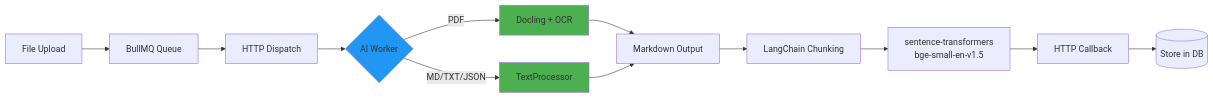
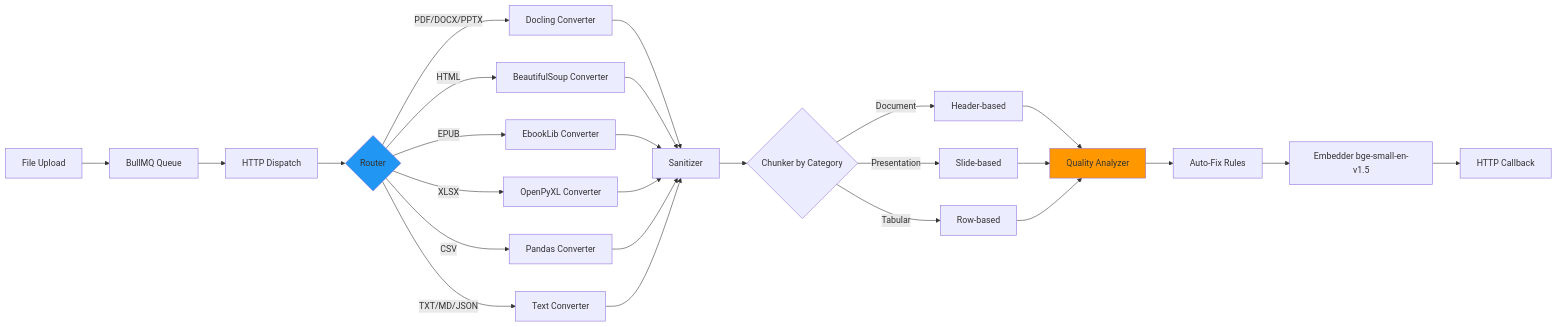
Before and after one commit to namtroi/RAGBase: the third of 7 diagrams in docs/architecture.md, drawn with Mermaid. The commit also changed other lines of this file and 2 other files, not shown here.

````diff
--- a/docs/architecture.md
+++ b/docs/architecture.md
@@ -81,21 +81,36 @@
 ```mermaid
 graph LR
     Upload[File Upload] --> Queue[BullMQ Queue]
     Queue --> Dispatch[HTTP Dispatch]
-    Dispatch --> AIWorker{AI Worker}
+    Dispatch --> Router{Router}
     
-    AIWorker -->|PDF| Docling[Docling + OCR]
-    AIWorker -->|MD/TXT/JSON| TextProcessor[TextProcessor]
+    Router -->|PDF/DOCX/PPTX| Docling[Docling Converter]
+    Router -->|HTML| BS[BeautifulSoup Converter]
+    Router -->|EPUB| Ebook[EbookLib Converter]
+    Router -->|XLSX| Excel[OpenPyXL Converter]
+    Router -->|CSV| CSV[Pandas Converter]
+    Router -->|TXT/MD/JSON| Text[Text Converter]
     
-    Docling --> Markdown[Markdown Output]
-    TextProcessor --> Markdown
+    Docling --> Sanitize[Sanitizer]
+    BS --> Sanitize
+    Ebook --> Sanitize
+    Excel --> Sanitize
+    CSV --> Sanitize
+    Text --> Sanitize
     
-    Markdown --> Chunk[LangChain Chunking]
-    Chunk --> Embed[sentence-transformers<br/>bge-small-en-v1.5]
+    Sanitize --> Chunker{Chunker by Category}
+    Chunker -->|Document| DocChunk[Header-based]
+    Chunker -->|Presentation| SlideChunk[Slide-based]
+    Chunker -->|Tabular| RowChunk[Row-based]
+    
+    DocChunk --> Quality[Quality Analyzer]
+    SlideChunk --> Quality
+    RowChunk --> Quality
+    
+    Quality --> AutoFix[Auto-Fix Rules]
+    AutoFix --> Embed[Embedder bge-small-en-v1.5]
     Embed --> Callback[HTTP Callback]
-    Callback --> Store[(Store in DB)]
     
-    style AIWorker fill:#2196F3
-    style Docling fill:#4CAF50
-    style TextProcessor fill:#4CAF50
+    style Router fill:#2196F3
+    style Quality fill:#FF9800
 ```
````
